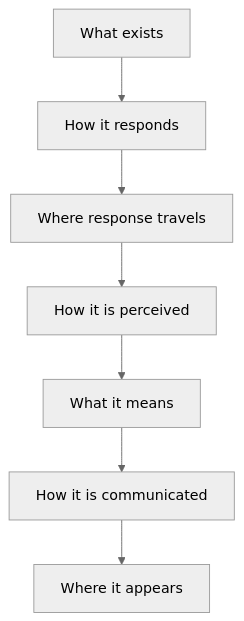
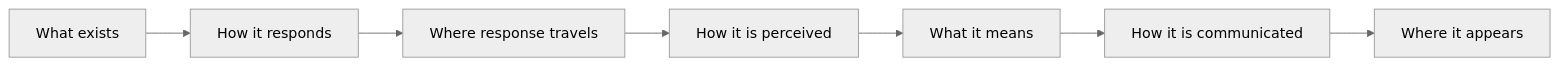
The third of 7 diagrams in README.md (ksmccrae/somaticmeaningengine), drawn with Mermaid (neutral theme) before and after one commit. The commit also changed other lines of this file, not shown here.

````diff
--- a/README.md
+++ b/README.md
@@ -336,9 +170,9 @@
 ```mermaid
-flowchart TD
+flowchart LR
     A[What exists] --> B[How it responds]
     B --> C[Where response travels]
     C --> D[How it is perceived]
     D --> E[What it means]
     E --> F[How it is communicated]
     F --> G[Where it appears]
 ```
````
